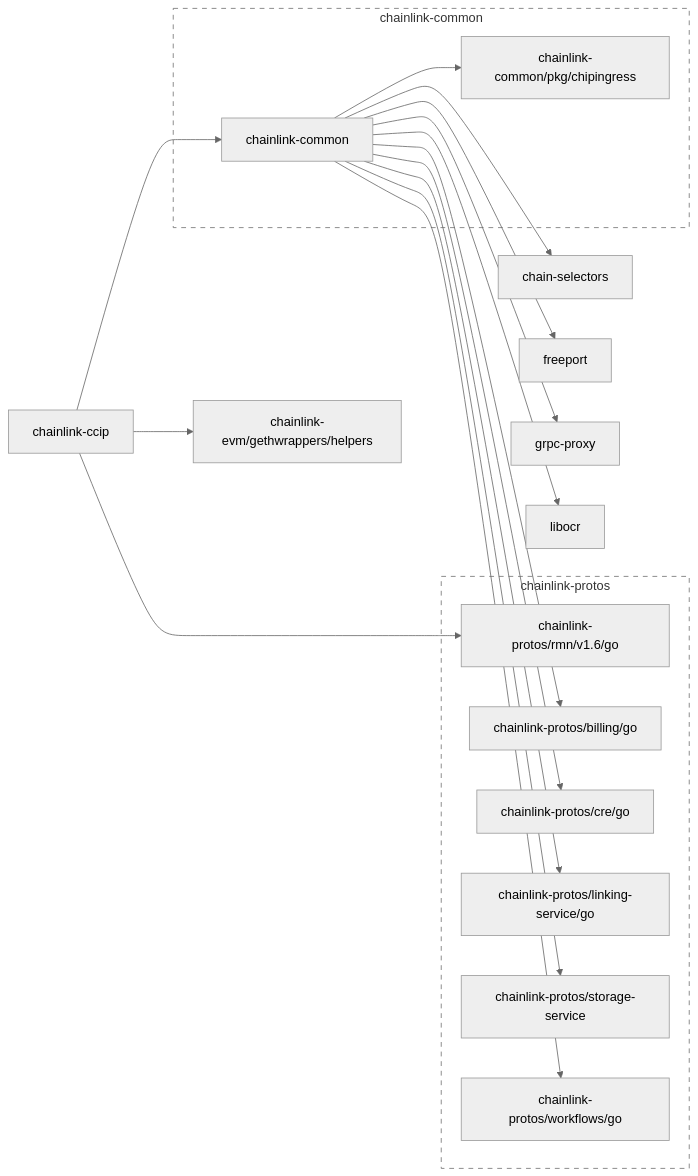
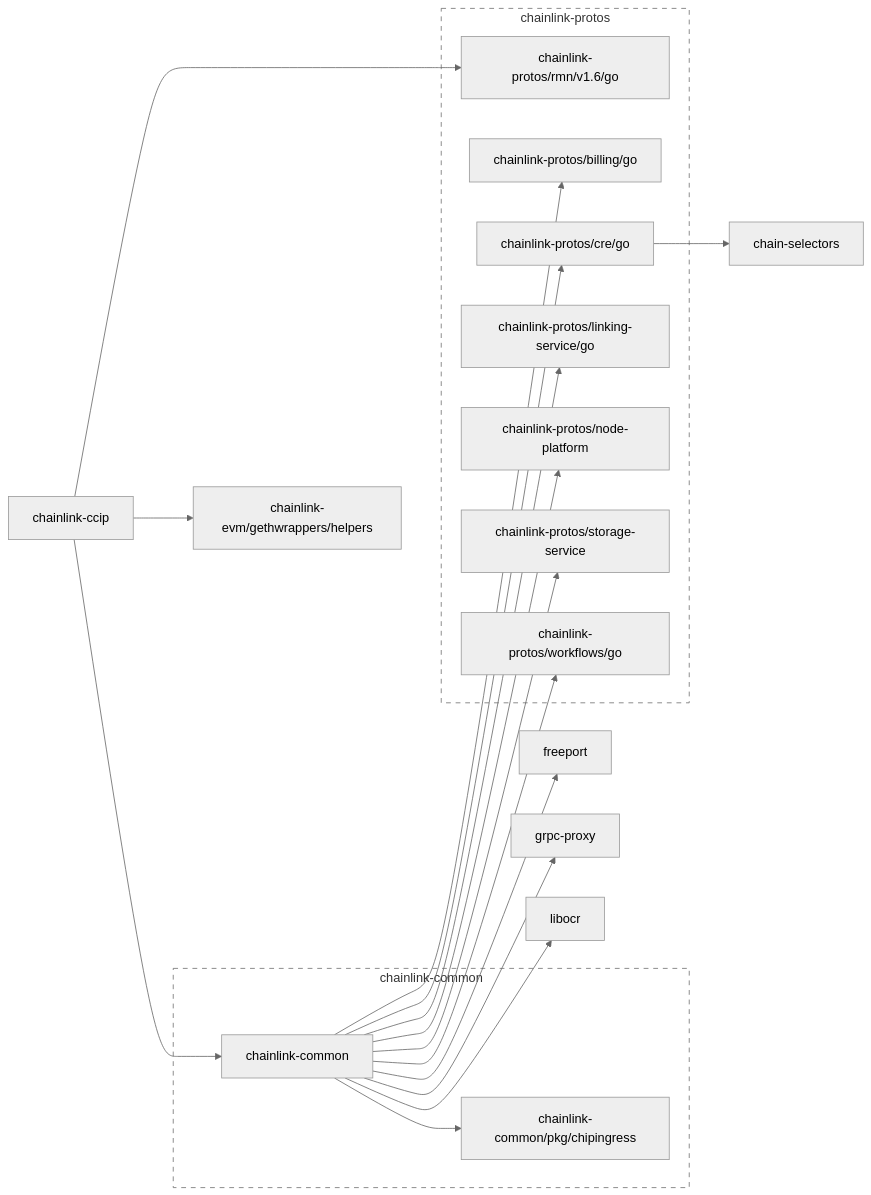
Before and after one commit to smartcontractkit/chainlink-ccip: the first of 2 diagrams in go.md, drawn with Mermaid (neutral theme). The commit also changed 15 other files, not shown here.

````diff
--- a/go.md
+++ b/go.md
@@ -3,62 +3,65 @@
 ```mermaid
 flowchart LR
 
 	chain-selectors
 	click chain-selectors href "https://github.com/smartcontractkit/chain-selectors"
 	chainlink-ccip --> chainlink-common
 	chainlink-ccip --> chainlink-evm/gethwrappers/helpers
 	chainlink-ccip --> chainlink-protos/rmn/v1.6/go
 	click chainlink-ccip href "https://github.com/smartcontractkit/chainlink-ccip"
-	chainlink-common --> chain-selectors
 	chainlink-common --> chainlink-common/pkg/chipingress
 	chainlink-common --> chainlink-protos/billing/go
 	chainlink-common --> chainlink-protos/cre/go
 	chainlink-common --> chainlink-protos/linking-service/go
+	chainlink-common --> chainlink-protos/node-platform
 	chainlink-common --> chainlink-protos/storage-service
 	chainlink-common --> chainlink-protos/workflows/go
 	chainlink-common --> freeport
 	chainlink-common --> grpc-proxy
 	chainlink-common --> libocr
 	click chainlink-common href "https://github.com/smartcontractkit/chainlink-common"
 	chainlink-common/pkg/chipingress
 	click chainlink-common/pkg/chipingress href "https://github.com/smartcontractkit/chainlink-common"
 	chainlink-evm/gethwrappers/helpers
 	click chainlink-evm/gethwrappers/helpers href "https://github.com/smartcontractkit/chainlink-evm"
 	chainlink-protos/billing/go
 	click chainlink-protos/billing/go href "https://github.com/smartcontractkit/chainlink-protos"
-	chainlink-protos/cre/go
+	chainlink-protos/cre/go --> chain-selectors
 	click chainlink-protos/cre/go href "https://github.com/smartcontractkit/chainlink-protos"
 	chainlink-protos/linking-service/go
 	click chainlink-protos/linking-service/go href "https://github.com/smartcontractkit/chainlink-protos"
+	chainlink-protos/node-platform
+	click chainlink-protos/node-platform href "https://github.com/smartcontractkit/chainlink-protos"
 	chainlink-protos/rmn/v1.6/go
 	click chainlink-protos/rmn/v1.6/go href "https://github.com/smartcontractkit/chainlink-protos"
 	chainlink-protos/storage-service
 	click chainlink-protos/storage-service href "https://github.com/smartcontractkit/chainlink-protos"
 	chainlink-protos/workflows/go
 	click chainlink-protos/workflows/go href "https://github.com/smartcontractkit/chainlink-protos"
 	freeport
 	click freeport href "https://github.com/smartcontractkit/freeport"
 	grpc-proxy
 	click grpc-proxy href "https://github.com/smartcontractkit/grpc-proxy"
 	libocr
 	click libocr href "https://github.com/smartcontractkit/libocr"
 
 	subgraph chainlink-common-repo[chainlink-common]
 		 chainlink-common
 		 chainlink-common/pkg/chipingress
 	end
 	click chainlink-common-repo href "https://github.com/smartcontractkit/chainlink-common"
 
 	subgraph chainlink-protos-repo[chainlink-protos]
 		 chainlink-protos/billing/go
 		 chainlink-protos/cre/go
 		 chainlink-protos/linking-service/go
+		 chainlink-protos/node-platform
 		 chainlink-protos/rmn/v1.6/go
 		 chainlink-protos/storage-service
 		 chainlink-protos/workflows/go
 	end
 	click chainlink-protos-repo href "https://github.com/smartcontractkit/chainlink-protos"
 
 	classDef outline stroke-dasharray:6,fill:none;
 	class chainlink-common-repo,chainlink-protos-repo outline
 ```
````
